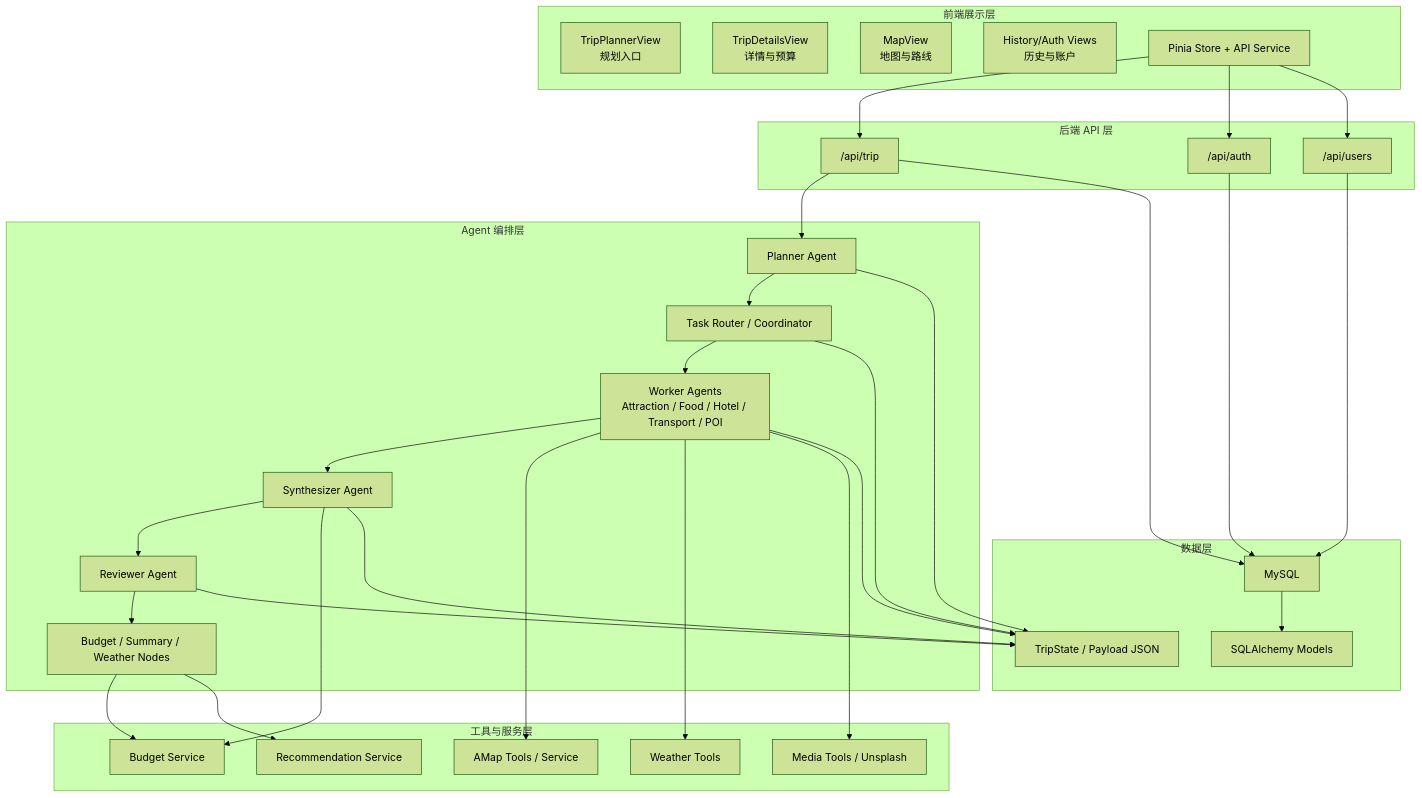
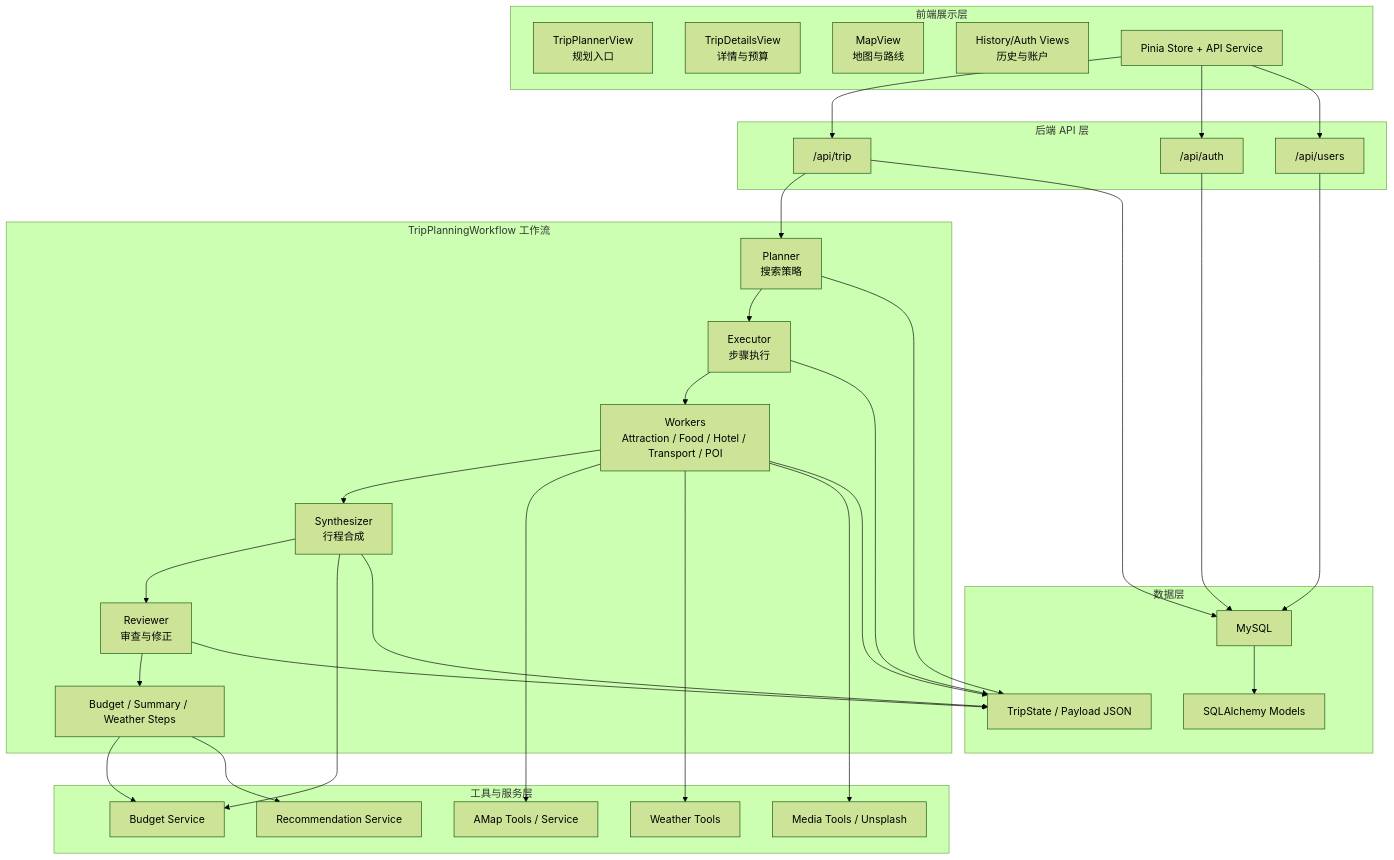
One commit to xg-debug/ai-travel-planner changed the third of 8 diagrams in doc/product-requirements-and-architecture.md. Above: the diagram before and after it, drawn with Mermaid (forest theme). The commit also changed other lines of this file and 151 other files, not shown here.

````diff
--- a/doc/product-requirements-and-architecture.md
+++ b/doc/product-requirements-and-architecture.md
@@ -205,67 +204,67 @@
 ```mermaid
 flowchart TB
     subgraph Client["前端展示层"]
         A1["TripPlannerView<br/>规划入口"]
         A2["TripDetailsView<br/>详情与预算"]
         A3["MapView<br/>地图与路线"]
         A4["History/Auth Views<br/>历史与账户"]
         A5["Pinia Store + API Service"]
     end
 
     subgraph API["后端 API 层"]
         B1["/api/trip"]
         B2["/api/auth"]
         B3["/api/users"]
     end
 
-    subgraph Orchestration["Agent 编排层"]
-        C1["Planner Agent"]
-        C2["Task Router / Coordinator"]
-        C3["Worker Agents<br/>Attraction / Food / Hotel / Transport / POI"]
-        C4["Synthesizer Agent"]
-        C5["Reviewer Agent"]
-        C6["Budget / Summary / Weather Nodes"]
+    subgraph Pipeline["TripPlanningWorkflow 工作流"]
+        C1["Planner<br/>搜索策略"]
+        C2["Executor<br/>步骤执行"]
+        C3["Workers<br/>Attraction / Food / Hotel / Transport / POI"]
+        C4["Synthesizer<br/>行程合成"]
+        C5["Reviewer<br/>审查与修正"]
+        C6["Budget / Summary / Weather Steps"]
     end
 
     subgraph Tooling["工具与服务层"]
         D1["AMap Tools / Service"]
         D2["Weather Tools"]
         D3["Media Tools / Unsplash"]
         D4["Budget Service"]
         D5["Recommendation Service"]
     end
 
     subgraph Data["数据层"]
         E1["MySQL"]
         E2["SQLAlchemy Models"]
         E3["TripState / Payload JSON"]
     end
 
     A5 --> B1
     A5 --> B2
     A5 --> B3
 
     B1 --> C1
     C1 --> C2
     C2 --> C3
     C3 --> C4
     C4 --> C5
     C5 --> C6
 
     C3 --> D1
     C3 --> D2
     C3 --> D3
     C4 --> D4
     C6 --> D4
     C6 --> D5
 
     B1 --> E1
     B2 --> E1
     B3 --> E1
     E1 --> E2
     C1 --> E3
     C2 --> E3
     C3 --> E3
     C4 --> E3
     C5 --> E3
 ```
````
